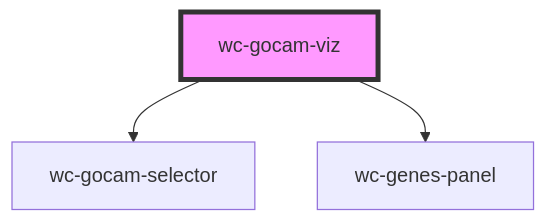
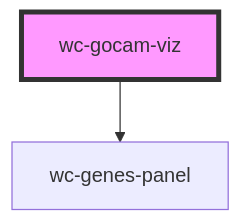
Before and after one commit to geneontology/wc-gocam-viz: the diagram in src/components/gocam-viz/readme.md, drawn with Mermaid. The commit also changed other lines of this file and 13 other files, not shown here.

````diff
--- a/src/components/gocam-viz/readme.md
+++ b/src/components/gocam-viz/readme.md
@@ -66,6 +65,5 @@
 ```mermaid
 graph TD;
-  wc-gocam-viz --> wc-gocam-selector
   wc-gocam-viz --> wc-genes-panel
   style wc-gocam-viz fill:#f9f,stroke:#333,stroke-width:4px
 ```
````
